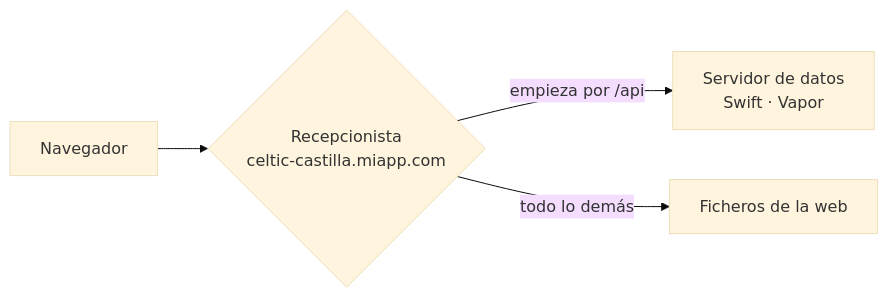
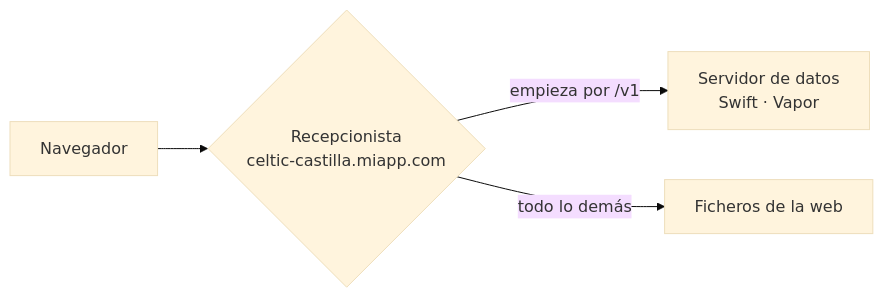
The second of 2 diagrams in docs/lessonsToLearn/CORS explicado sencillo - la web y la API en la misma dirección.md (tongilcoto/mbs-TFM), drawn with Mermaid (base theme) before and after one commit. The commit also changed other lines of this file, not shown here.

````diff
--- a/docs/lessonsToLearn/CORS explicado sencillo - la web y la API en la misma dirección.md
+++ b/docs/lessonsToLearn/CORS explicado sencillo - la web y la API en la misma dirección.md
@@ -84,6 +87,6 @@
 ```mermaid
 flowchart LR
     N[Navegador] --> R{Recepcionista<br/>celtic-castilla.miapp.com}
-    R -- "empieza por /api" --> S[Servidor de datos<br/>Swift · Vapor]
+    R -- "empieza por /v1" --> S[Servidor de datos<br/>Swift · Vapor]
     R -- "todo lo demás" --> W[Ficheros de la web]
 ```
````
